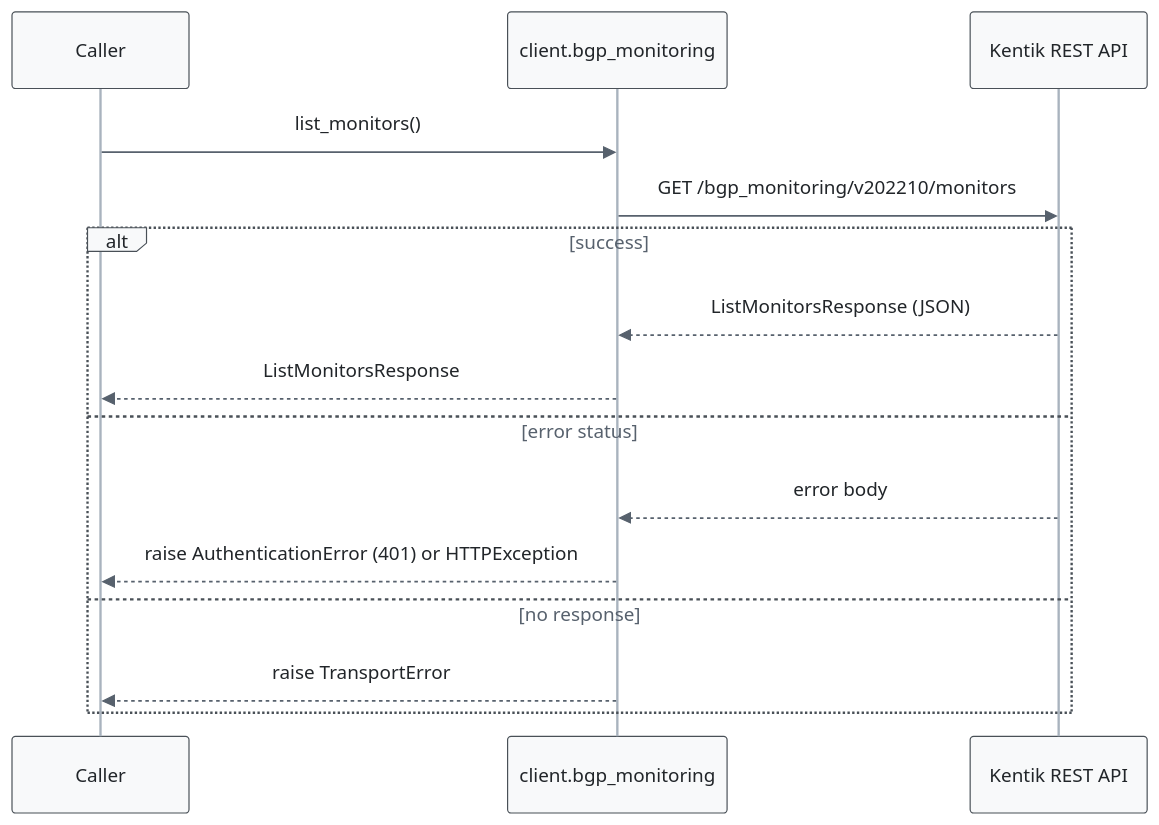
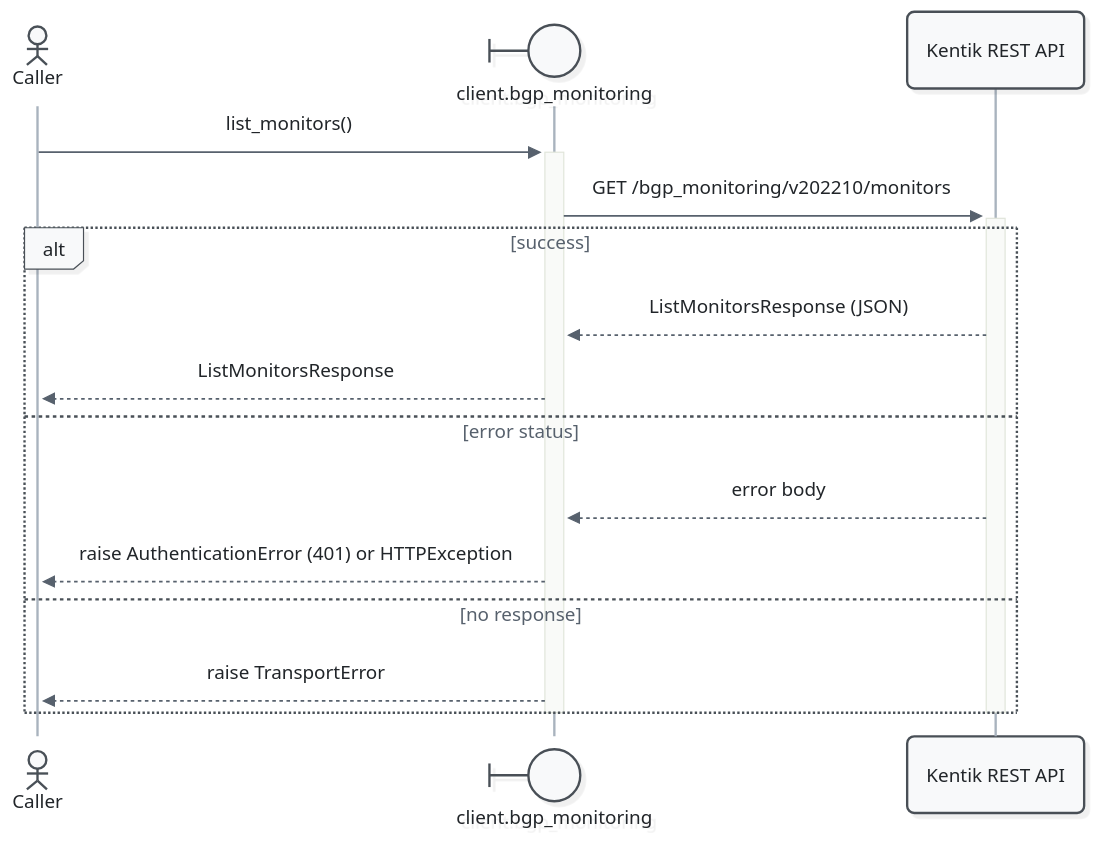
The fifth of 17 diagrams in docs/sphinx/services/bgp_monitoring.md (alexdearaujo/community_sdk_python), drawn with Mermaid before and after one commit. The commit also changed other lines of this file and 52 other files, not shown here.

First line of the commit message:
docs: Mermaid 12 sequence diagrams with participant types and path colors

````diff
--- a/docs/sphinx/services/bgp_monitoring.md
+++ b/docs/sphinx/services/bgp_monitoring.md
@@ -193,19 +203,21 @@
 ```mermaid
-%%{init: {"theme": "base", "fontFamily": "ui-monospace, SFMono-Regular, Menlo, monospace", "themeVariables": {"fontFamily": "ui-monospace, SFMono-Regular, Menlo, monospace", "primaryColor": "#f8f9fa", "primaryBorderColor": "#495057", "primaryTextColor": "#212529", "textColor": "#212529", "lineColor": "#77818c", "edgeLabelBackground": "#ffffff", "actorBkg": "#f8f9fa", "actorBorder": "#495057", "actorTextColor": "#212529", "actorLineColor": "#a9b3be", "signalColor": "#57616d", "signalTextColor": "#212529", "labelBoxBkgColor": "#f8f9fa", "labelBoxBorderColor": "#495057", "labelTextColor": "#212529", "loopTextColor": "#57616d", "noteBkgColor": "#fff9db", "noteBorderColor": "#f08c00", "noteTextColor": "#a35a00"}, "flowchart": {"curve": "step", "nodeSpacing": 30, "rankSpacing": 70, "wrappingWidth": 400}}}%%
+%%{init: {"theme": "redux", "look": "neo", "layout": "dagre", "fontFamily": "ui-monospace, SFMono-Regular, Menlo, monospace", "themeVariables": {"fontFamily": "ui-monospace, SFMono-Regular, Menlo, monospace", "primaryColor": "#f8f9fa", "primaryBorderColor": "#495057", "primaryTextColor": "#212529", "textColor": "#212529", "lineColor": "#77818c", "edgeLabelBackground": "#ffffff", "actorBkg": "#f8f9fa", "actorBorder": "#495057", "actorTextColor": "#212529", "actorLineColor": "#a9b3be", "signalColor": "#57616d", "signalTextColor": "#212529", "labelBoxBkgColor": "#f8f9fa", "labelBoxBorderColor": "#495057", "labelTextColor": "#212529", "loopTextColor": "#57616d", "noteBkgColor": "#fff9db", "noteBorderColor": "#f08c00", "noteTextColor": "#a35a00"}, "sequence": {"activationWidth": 16}, "flowchart": {"curve": "step", "nodeSpacing": 30, "rankSpacing": 70, "wrappingWidth": 400}}}%%
 sequenceDiagram
-    participant C as Caller
-    participant W as client.bgp_monitoring
+    actor C as Caller
+    participant W@{ "type": "boundary" } as client.bgp_monitoring
     participant API as Kentik REST API
 
-    C->>W: list_monitors()
-    W->>API: GET /bgp_monitoring/v202210/monitors
+    C->>+W: list_monitors()
+    W->>+API: GET /bgp_monitoring/v202210/monitors
     alt success
         API-->>W: ListMonitorsResponse (JSON)
         W-->>C: ListMonitorsResponse
     else error status
         API-->>W: error body
         W-->>C: raise AuthenticationError (401) or HTTPException
     else no response
         W-->>C: raise TransportError
     end
+    deactivate API
+    deactivate W
 ```
````
